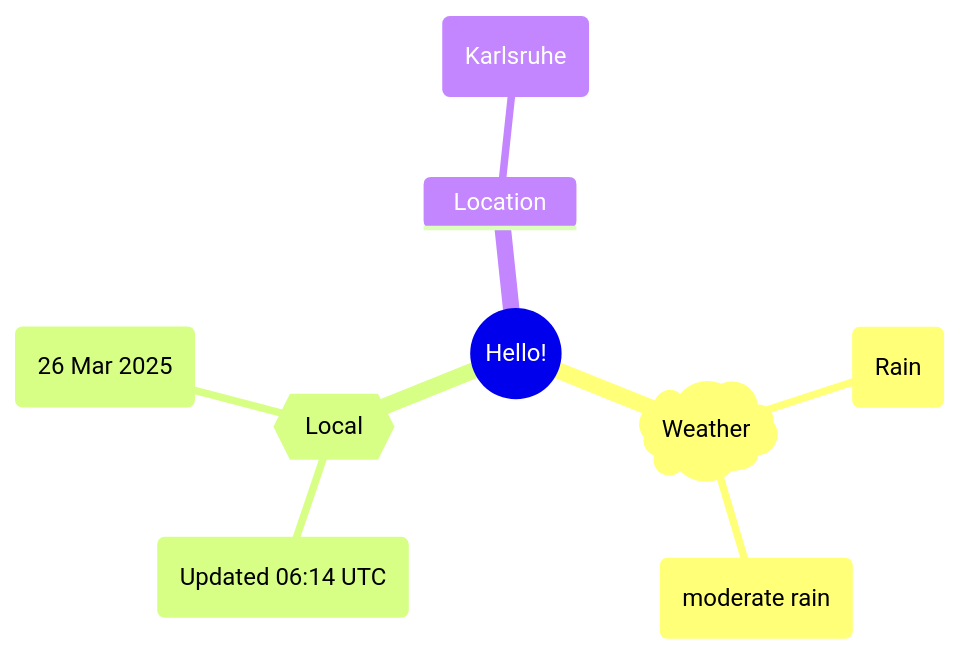
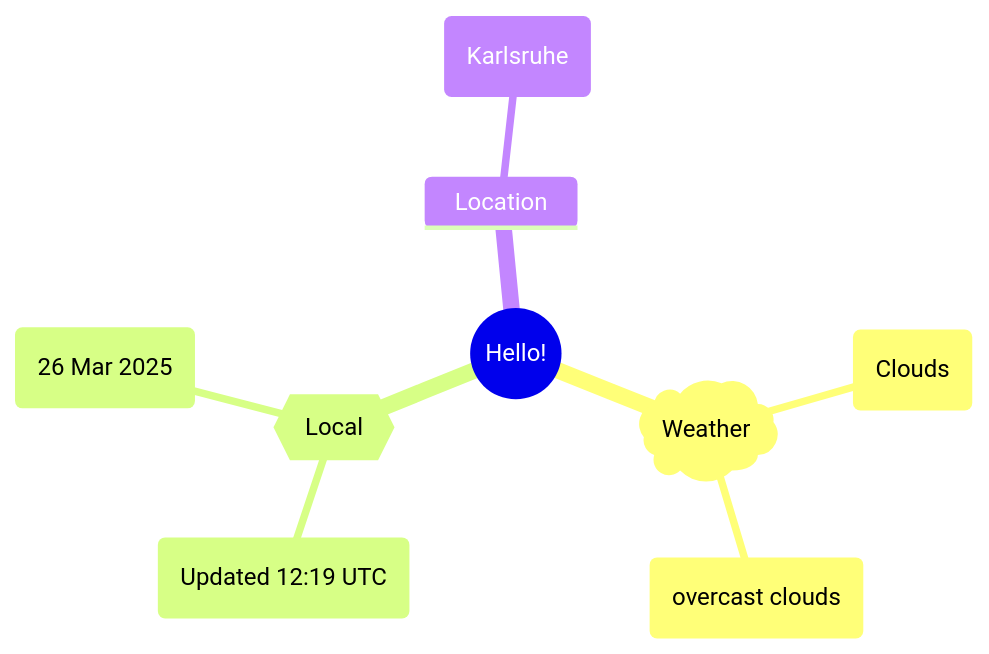
Before and after one commit to Xosrov/Xosrov: the first of 2 diagrams in README.md, drawn with Mermaid.

Commit message:
[bot] updated images

````diff
--- a/README.md
+++ b/README.md
@@ -3,12 +3,12 @@
 ```mermaid
 mindmap
   root((Hello!))
     )Weather(
-        (Rain)
-        (moderate rain)
+        (Clouds)
+        (overcast clouds)
     {{Local}}
-        (Updated 06:14 UTC)
+        (Updated 12:19 UTC)
         (26 Mar 2025)
     Location
         (Karlsruhe)
 ```
````
